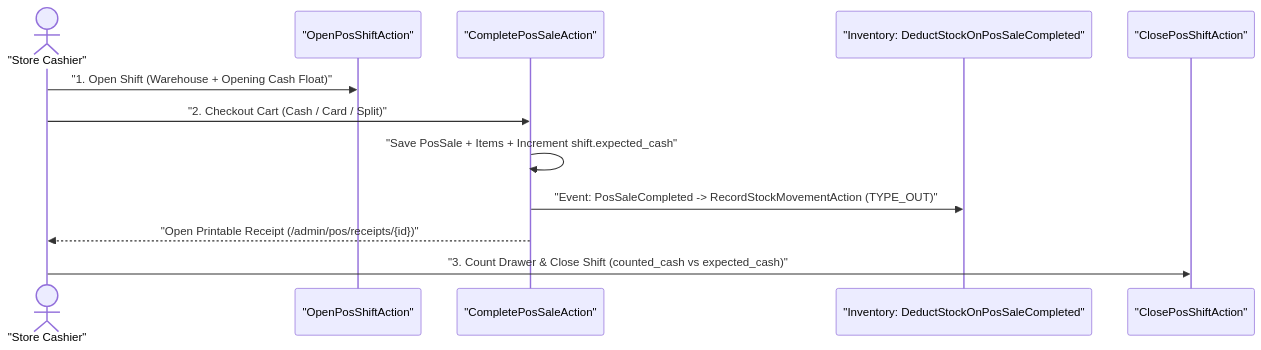
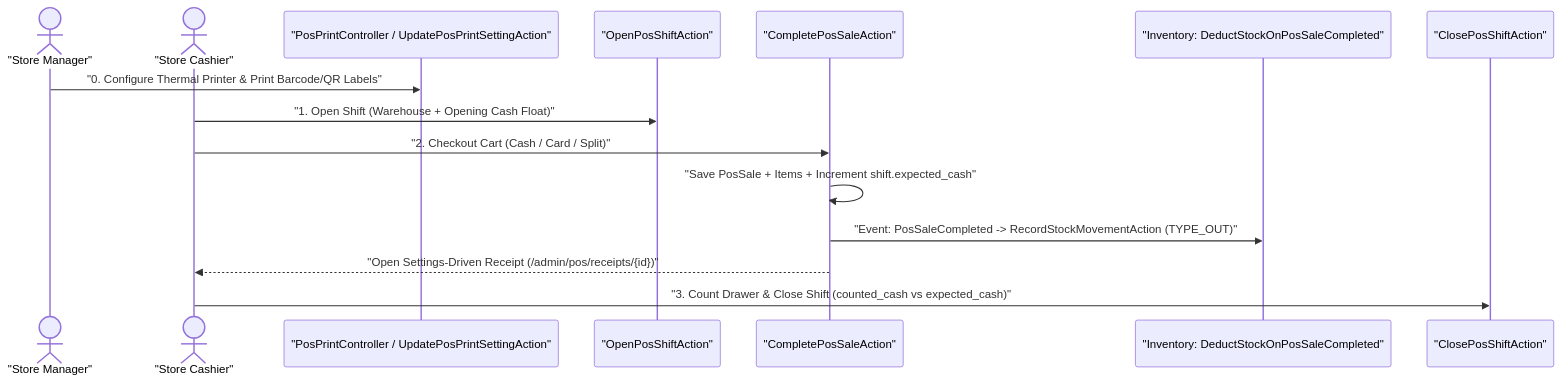
Before and after one commit to MohamedFarouk9/ERP: the diagram in docs/sections/03-point-of-sale.md, drawn with Mermaid. The commit also changed other lines of this file and 3 other files, not shown here.

````diff
--- a/docs/sections/03-point-of-sale.md
+++ b/docs/sections/03-point-of-sale.md
@@ -19,15 +30,18 @@
 ```mermaid
 sequenceDiagram
+    actor Manager as "Store Manager"
     actor Cashier as "Store Cashier"
+    participant Print as "PosPrintController / UpdatePosPrintSettingAction"
     participant Open as "OpenPosShiftAction"
     participant Sale as "CompletePosSaleAction"
     participant Inv as "Inventory: DeductStockOnPosSaleCompleted"
     participant Close as "ClosePosShiftAction"
 
+    Manager->>Print: "0. Configure Thermal Printer & Print Barcode/QR Labels"
     Cashier->>Open: "1. Open Shift (Warehouse + Opening Cash Float)"
     Cashier->>Sale: "2. Checkout Cart (Cash / Card / Split)"
     Sale->>Sale: "Save PosSale + Items + Increment shift.expected_cash"
     Sale->>Inv: "Event: PosSaleCompleted -> RecordStockMovementAction (TYPE_OUT)"
-    Sale-->>Cashier: "Open Printable Receipt (/admin/pos/receipts/{id})"
+    Sale-->>Cashier: "Open Settings-Driven Receipt (/admin/pos/receipts/{id})"
     Cashier->>Close: "3. Count Drawer & Close Shift (counted_cash vs expected_cash)"
 ```
````
